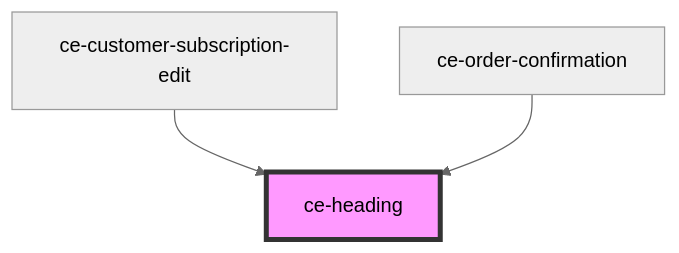
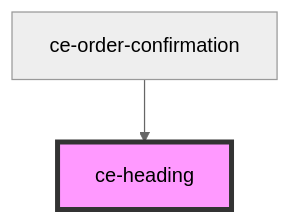
The diagram in packages/components/src/components/ui/heading/readme.md (surecart/surecart-wp-plugin), drawn with Mermaid (neutral theme) before and after one commit. The commit also changed other lines of this file and 118 other files, not shown here.

````diff
--- a/packages/components/src/components/ui/heading/readme.md
+++ b/packages/components/src/components/ui/heading/readme.md
@@ -30,6 +29,5 @@
 ```mermaid
 graph TD;
-  ce-customer-subscription-edit --> ce-heading
   ce-order-confirmation --> ce-heading
   style ce-heading fill:#f9f,stroke:#333,stroke-width:4px
 ```
````
